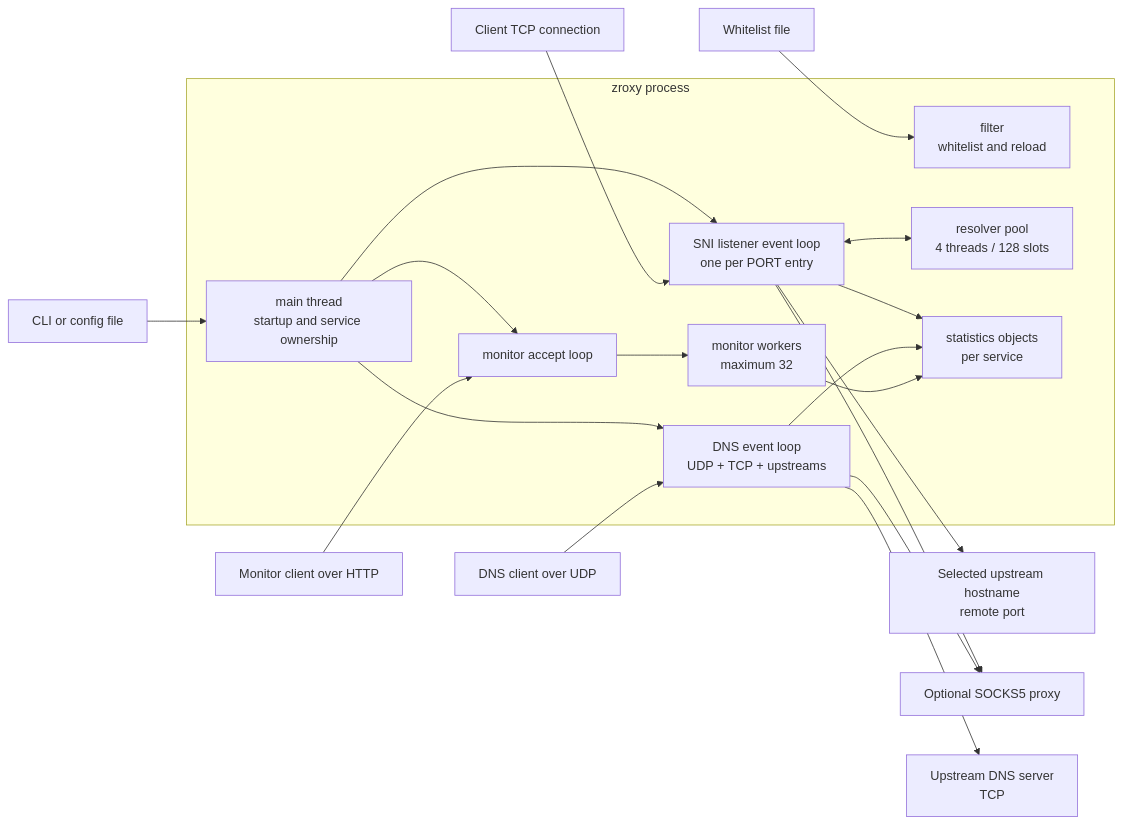
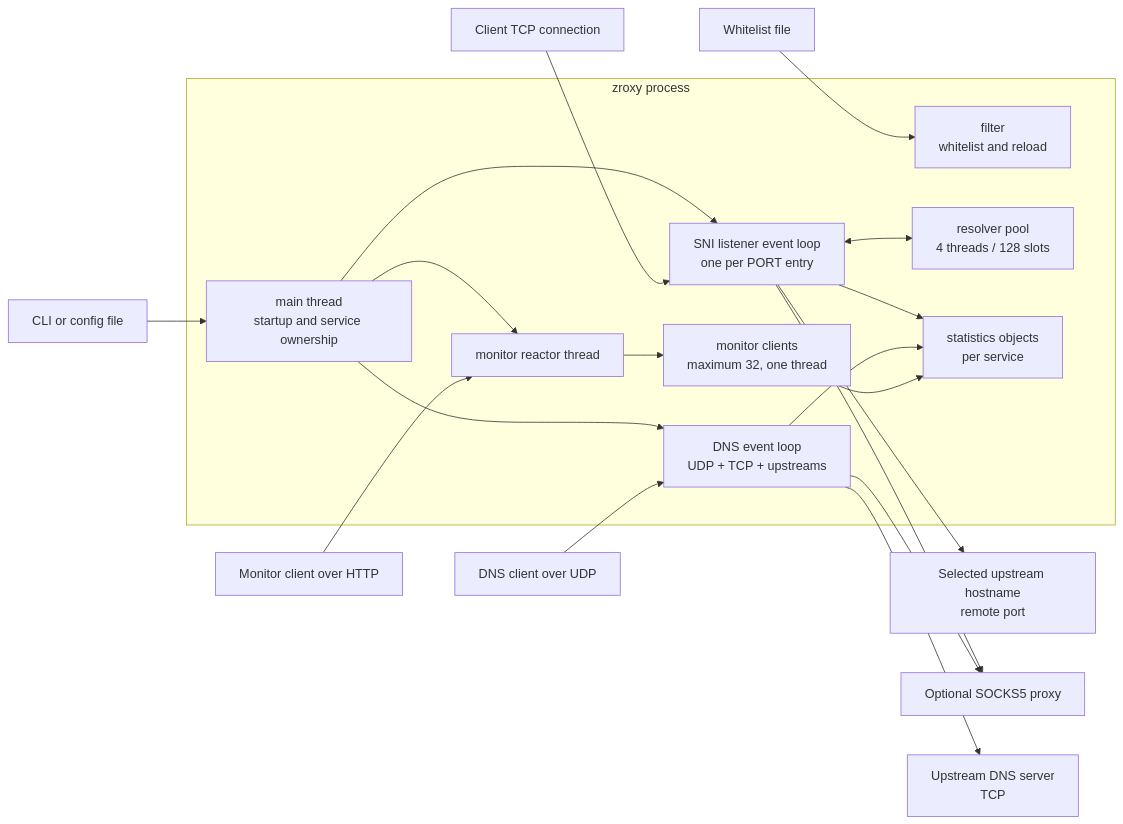
One commit to 0x7a657573/zroxy changed the first of 11 diagrams in ARCHITECTURE.md. Above: the diagram before and after it, drawn with Mermaid. The commit also changed other lines of this file and 2 other files, not shown here.

Commit message:
docs: describe the single-thread monitor

````diff
--- a/ARCHITECTURE.md
+++ b/ARCHITECTURE.md
@@ -95,41 +95,41 @@
 ```mermaid
 flowchart LR
     Client[Client TCP connection]
     DNSClient[DNS client over UDP]
     MonitorClient[Monitor client over HTTP]
     Config[CLI or config file]
     White[Whitelist file]
 
     subgraph Z[zroxy process]
         Main[main thread\nstartup and service ownership]
         Filter[filter\nwhitelist and reload]
         SNI[SNI listener event loop\none per PORT entry]
         Resolve[resolver pool\n4 threads / 128 slots]
         DNS[DNS event loop\nUDP + TCP + upstreams]
-        Monitor[monitor accept loop]
-        MonWorkers[monitor workers\nmaximum 32]
+        Monitor[monitor reactor thread]
+        MonClients[monitor clients\nmaximum 32, one thread]
         Stats[statistics objects\nper service]
     end
 
     Upstream[Selected upstream hostname\nremote port]
     SOCKS[Optional SOCKS5 proxy]
     DNSUpstream[Upstream DNS server\nTCP]
 
     Config --> Main
     White --> Filter
     Main --> SNI
     Main --> DNS
     Main --> Monitor
     Client --> SNI
     DNSClient --> DNS
     MonitorClient --> Monitor
     SNI <--> Resolve
     SNI --> Upstream
     SNI --> SOCKS
     DNS --> DNSUpstream
     DNS --> SOCKS
-    Monitor --> MonWorkers
+    Monitor --> MonClients
     SNI --> Stats
     DNS --> Stats
-    MonWorkers --> Stats
+    MonClients --> Stats
 ```
````
